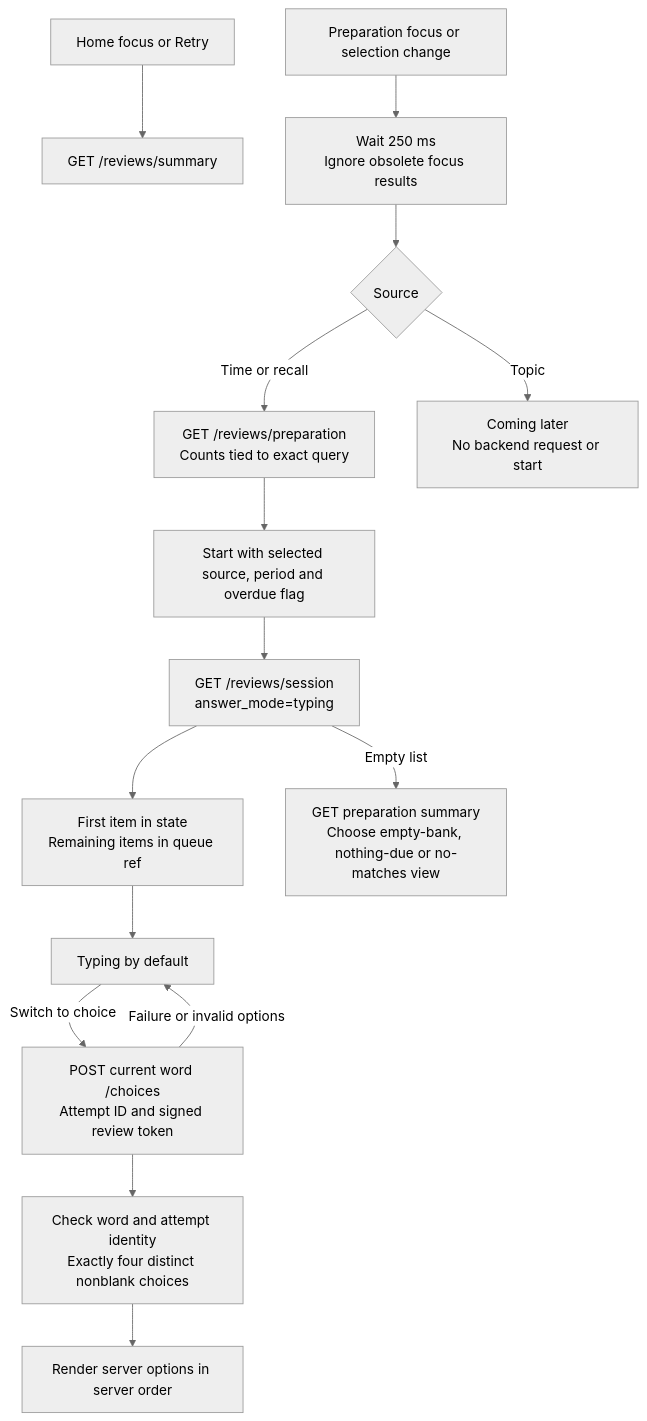
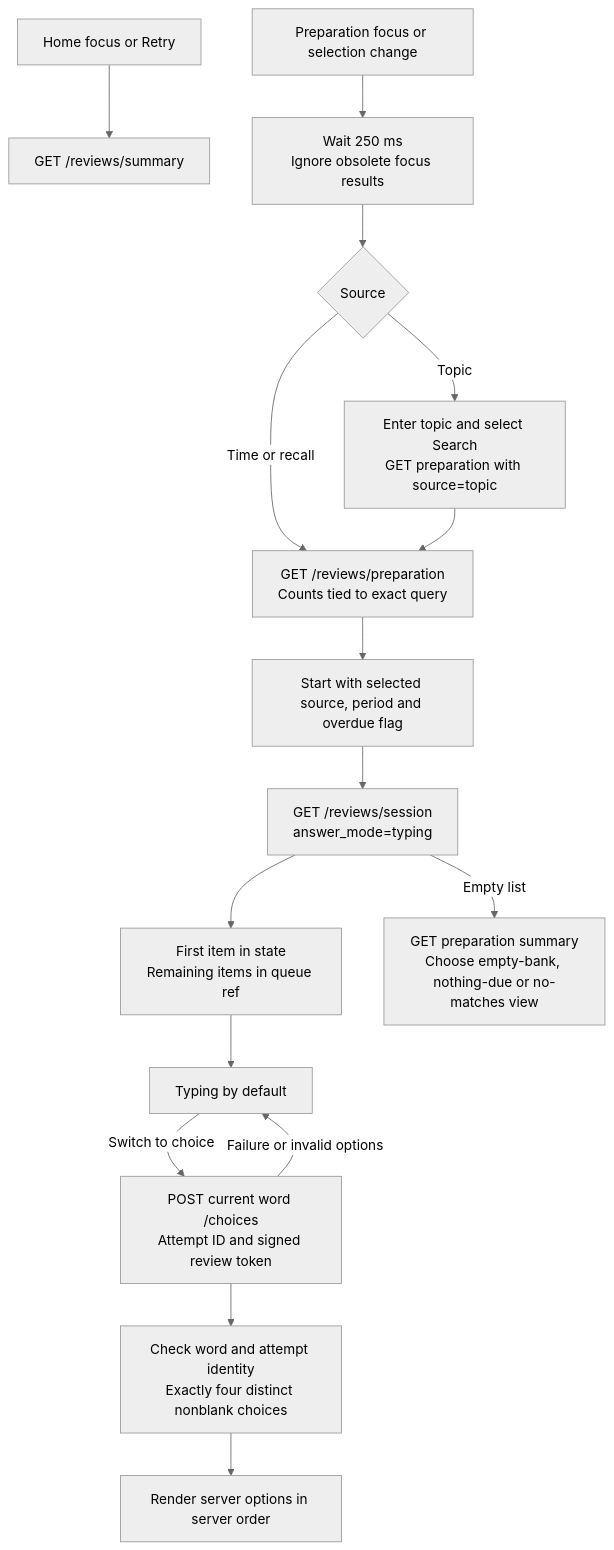
Before and after one commit to jerrynguyen0210/english-vocab-app: the seventh of 10 diagrams in docs/client-architecture.md, drawn with Mermaid (neutral theme). The commit also changed other lines of this file and 29 other files, not shown here.

Commit message:
feat: add topic-based review preparation

````diff
--- a/docs/client-architecture.md
+++ b/docs/client-architecture.md
@@ -240,17 +240,18 @@
 ```mermaid
 flowchart TB
     home["Home focus or Retry"] --> summary["GET /reviews/summary"]
     prep["Preparation focus or selection change"] --> debounce["Wait 250 ms<br/>Ignore obsolete focus results"]
     debounce --> source{"Source"}
     source -->|"Time or recall"| counts["GET /reviews/preparation<br/>Counts tied to exact query"]
-    source -->|"Topic"| unavailable["Coming later<br/>No backend request or start"]
+    source -->|"Topic"| topic["Enter topic and select Search<br/>GET preparation with source=topic"]
+    topic --> counts
     counts --> start["Start with selected source, period and overdue flag"]
     start --> session["GET /reviews/session<br/>answer_mode=typing"]
     session --> snapshot["First item in state<br/>Remaining items in queue ref"]
     session -->|"Empty list"| classify["GET preparation summary<br/>Choose empty-bank, nothing-due or no-matches view"]
     snapshot --> typing["Typing by default"]
     typing -->|"Switch to choice"| choices["POST current word /choices<br/>Attempt ID and signed review token"]
     choices --> validate["Check word and attempt identity<br/>Exactly four distinct nonblank choices"]
     validate --> options["Render server options in server order"]
     choices -->|"Failure or invalid options"| typing
 ```
````
